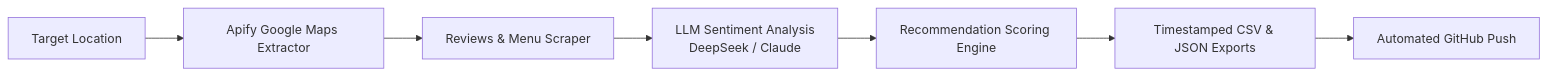
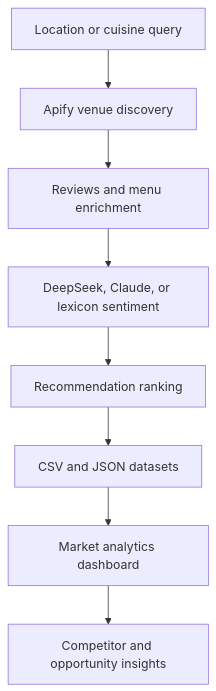
One commit to MadanMohan0537/local-dining-intelligence changed the diagram in README.md. Above: the diagram before and after it, drawn with Mermaid. The commit also changed other lines of this file, not shown here.

````diff
--- a/README.md
+++ b/README.md
@@ -30,9 +22,10 @@
 ```mermaid
-flowchart LR
-    A[Target Location] --> B[Apify Google Maps Extractor]
-    B --> C[Reviews & Menu Scraper]
-    C --> D[LLM Sentiment Analysis<br>DeepSeek / Claude]
-    D --> E[Recommendation Scoring Engine]
-    E --> F[Timestamped CSV & JSON Exports]
-    F --> G[Automated GitHub Push]
+flowchart TD
+    A[Location or cuisine query] --> B[Apify venue discovery]
+    B --> C[Reviews and menu enrichment]
+    C --> D[DeepSeek, Claude, or lexicon sentiment]
+    D --> E[Recommendation ranking]
+    E --> F[CSV and JSON datasets]
+    F --> G[Market analytics dashboard]
+    G --> H[Competitor and opportunity insights]
 ```
````
